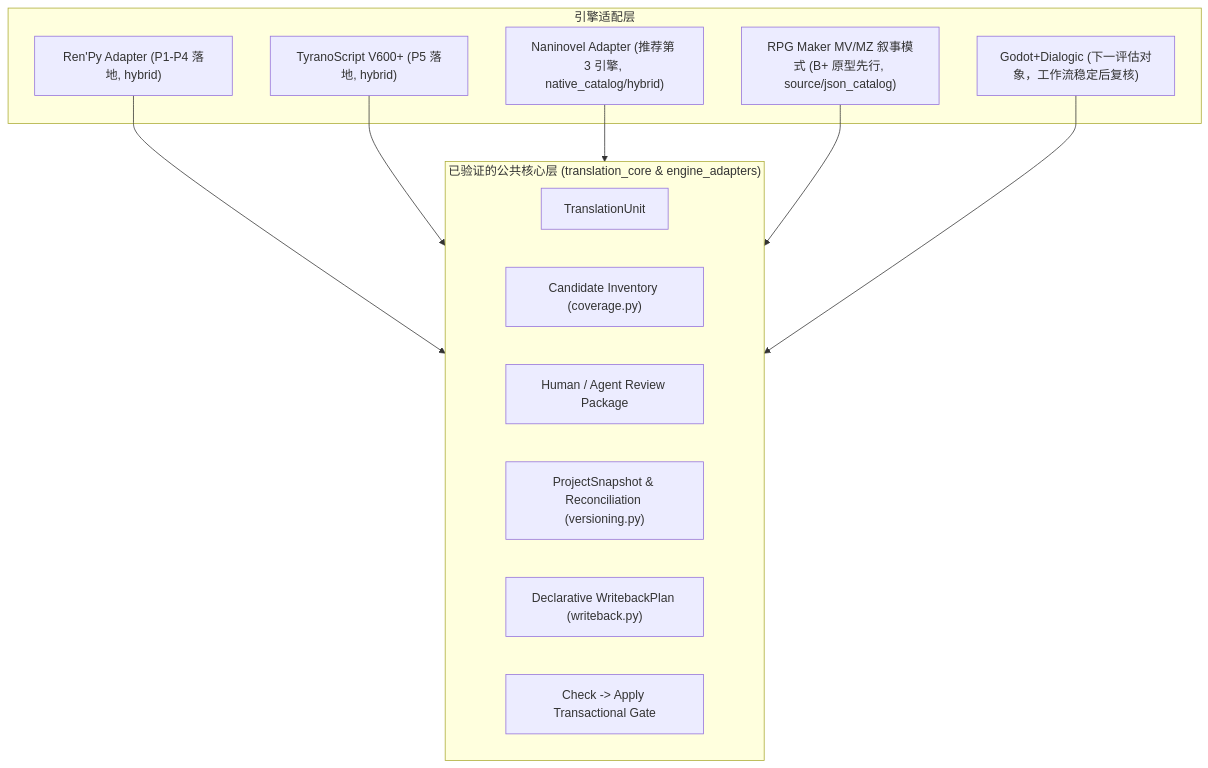
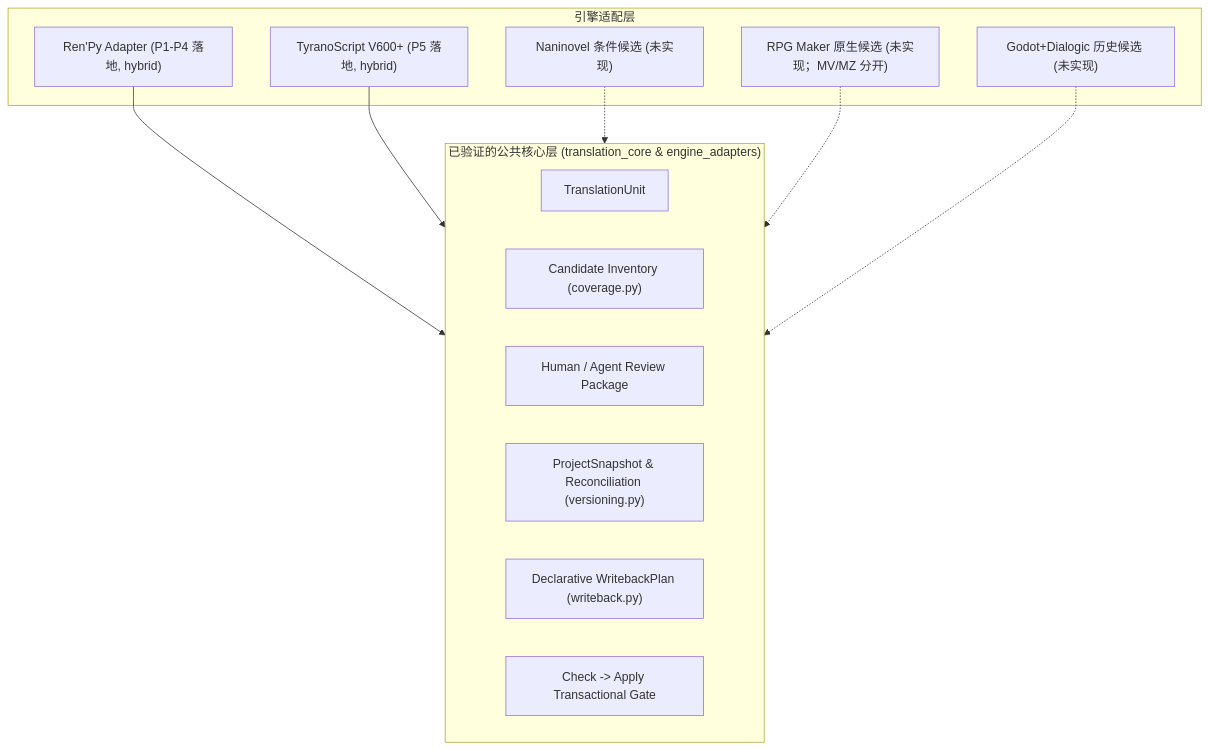
The diagram in docs/plans/visual_novel_localization_matrix.md (hu-border-collie/renpy-translation-lab), drawn with Mermaid before and after one commit. The commit also changed other lines of this file and 5 other files, not shown here.

````diff
--- a/docs/plans/visual_novel_localization_matrix.md
+++ b/docs/plans/visual_novel_localization_matrix.md
@@ -333,25 +334,25 @@
 ```mermaid
 flowchart TD
     subgraph CoreContracts ["已验证的公共核心层 (translation_core & engine_adapters)"]
         TU["TranslationUnit"]
         INV["Candidate Inventory (coverage.py)"]
         REV["Human / Agent Review Package"]
         SNAP["ProjectSnapshot & Reconciliation (versioning.py)"]
         WB["Declarative WritebackPlan (writeback.py)"]
         SAFE["Check -> Apply Transactional Gate"]
     end
 
     subgraph Adapters ["引擎适配层"]
         RPY["Ren'Py Adapter (P1-P4 落地, hybrid)"]
         TYR["TyranoScript V600+ (P5 落地, hybrid)"]
-        NANI["Naninovel Adapter (推荐第 3 引擎, native_catalog/hybrid)"]
-        RPGM["RPG Maker MV/MZ 叙事模式 (B+ 原型先行, source/json_catalog)"]
-        GDO["Godot+Dialogic (下一评估对象，工作流稳定后复核)"]
+        NANI["Naninovel 条件候选 (未实现)"]
+        RPGM["RPG Maker 原生候选 (未实现；MV/MZ 分开)"]
+        GDO["Godot+Dialogic 历史候选 (未实现)"]
     end
 
     RPY --> CoreContracts
     TYR --> CoreContracts
-    NANI --> CoreContracts
-    RPGM --> CoreContracts
-    GDO --> CoreContracts
+    NANI -.-> CoreContracts
+    RPGM -.-> CoreContracts
+    GDO -.-> CoreContracts
 ```
````
